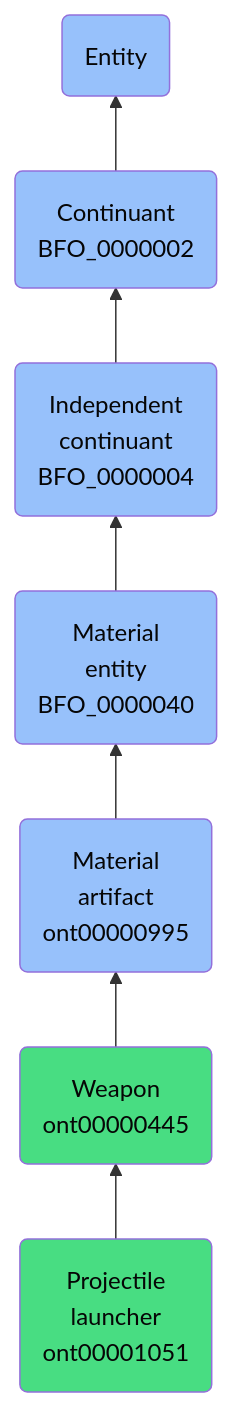
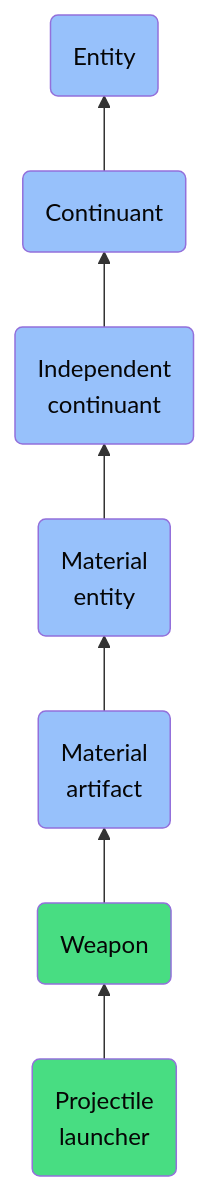
The diagram in docs/ontology/reference/model/Entity/Continuant/Independent continuant/Material entity/Material artifact/Weapon/Projectile launcher/Projectile launcher.md (jupyter-naas/abi), drawn with Mermaid before and after one commit. The commit also changed other lines of this file and 1430 other files, not shown here.

````diff
--- a/docs/ontology/reference/model/Entity/Continuant/Independent continuant/Material entity/Material artifact/Weapon/Projectile launcher/Projectile launcher.md
+++ b/docs/ontology/reference/model/Entity/Continuant/Independent continuant/Material entity/Material artifact/Weapon/Projectile launcher/Projectile launcher.md
@@ -24,14 +24,14 @@
 ```mermaid
 graph BT
-    ont00001051(Projectile<br>launcher<br>ont00001051):::ABI-->ont00000445
-    ont00000445(Weapon<br>ont00000445):::ABI-->ont00000995
-    ont00000995(Material<br>artifact<br>ont00000995):::BFO-->BFO_0000040
-    BFO_0000040(Material<br>entity<br>BFO_0000040):::BFO-->BFO_0000004
-    BFO_0000004(Independent<br>continuant<br>BFO_0000004):::BFO-->BFO_0000002
-    BFO_0000002(Continuant<br>BFO_0000002):::BFO-->BFO_0000001
+    ont00001051(Projectile<br>launcher):::ABI-->ont00000445
+    ont00000445(Weapon):::ABI-->ont00000995
+    ont00000995(Material<br>artifact):::BFO-->BFO_0000040
+    BFO_0000040(Material<br>entity):::BFO-->BFO_0000004
+    BFO_0000004(Independent<br>continuant):::BFO-->BFO_0000002
+    BFO_0000002(Continuant):::BFO-->BFO_0000001
     BFO_0000001(Entity):::BFO
     
     classDef BFO fill:#97c1fb,color:#060606
     classDef CCO fill:#e4c51e,color:#060606
     classDef ABI fill:#48DD82,color:#060606
 ```
````
